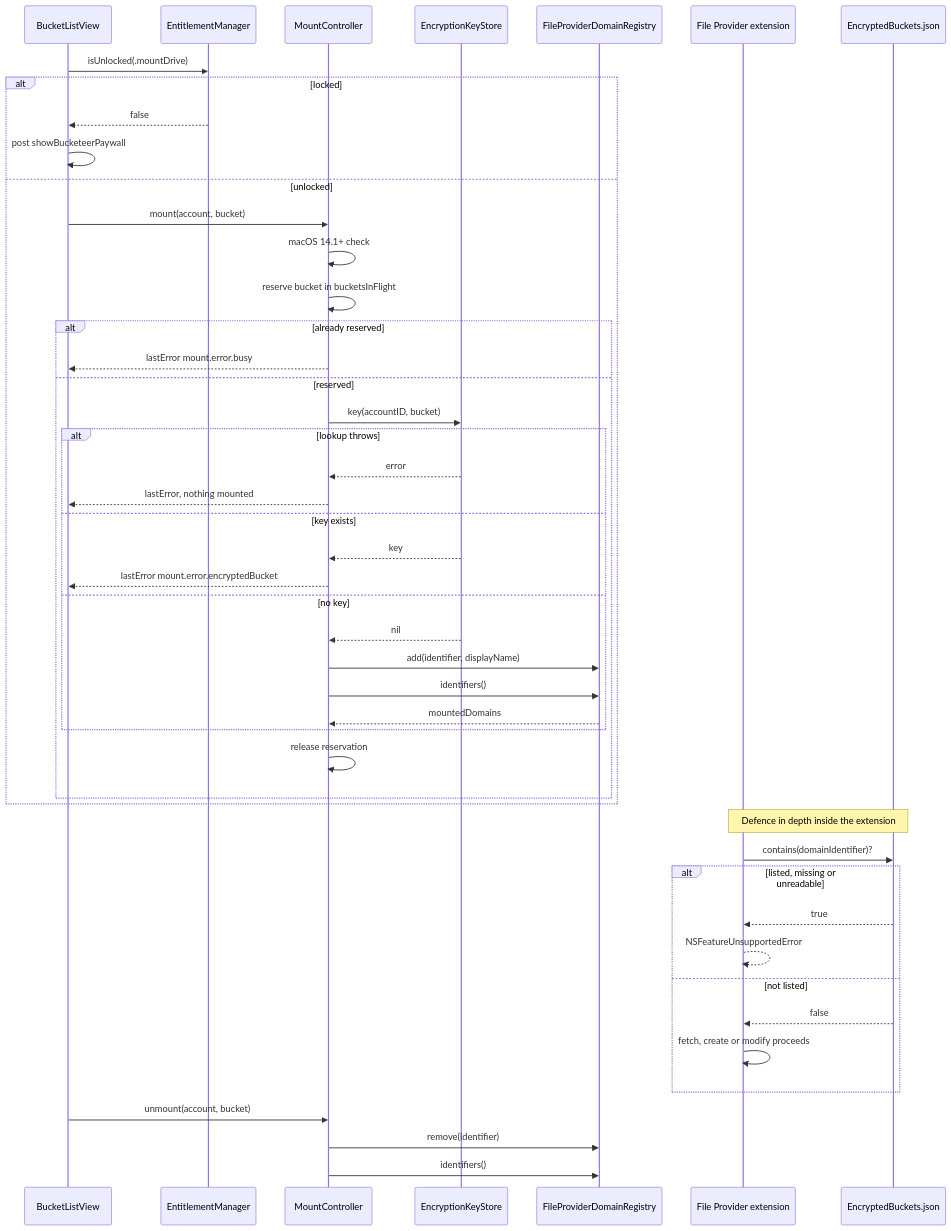
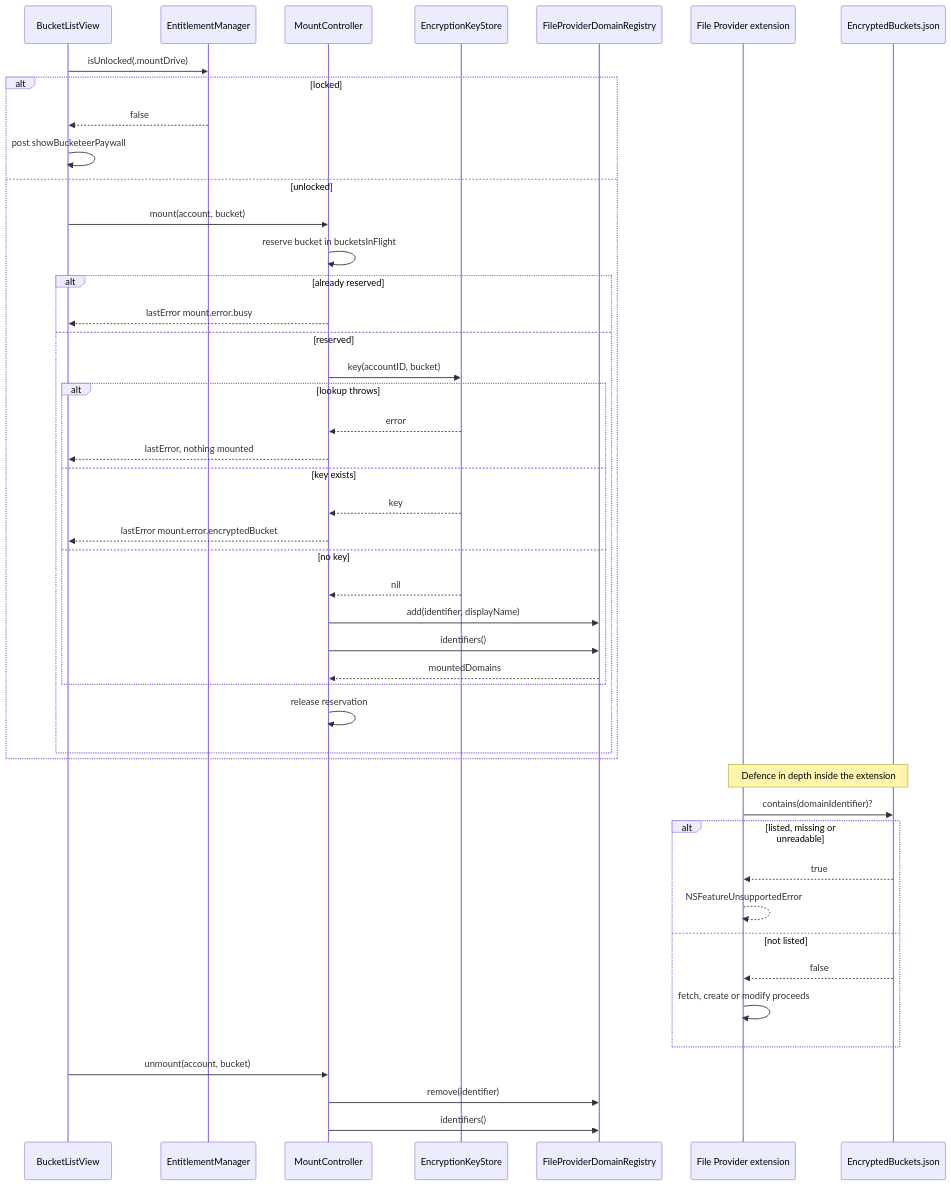
One commit to digitalfreedom-co-za/bucketeer changed the tenth of 20 diagrams in docs/ARCHITECTURE.md. Above: the diagram before and after it, drawn with Mermaid. The commit also changed other lines of this file and 26 other files, not shown here.

````diff
--- a/docs/ARCHITECTURE.md
+++ b/docs/ARCHITECTURE.md
@@ -533,52 +533,51 @@
 ```mermaid
 sequenceDiagram
     participant UI as BucketListView
     participant Ent as EntitlementManager
     participant MC as MountController
     participant Keys as EncryptionKeyStore
     participant Reg as FileProviderDomainRegistry
     participant Ext as File Provider extension
     participant List as EncryptedBuckets.json
 
     UI->>Ent: isUnlocked(.mountDrive)
     alt locked
         Ent-->>UI: false
         UI->>UI: post showBucketeerPaywall
     else unlocked
         UI->>MC: mount(account, bucket)
-        MC->>MC: macOS 14.1+ check
         MC->>MC: reserve bucket in bucketsInFlight
         alt already reserved
             MC-->>UI: lastError mount.error.busy
         else reserved
             MC->>Keys: key(accountID, bucket)
             alt lookup throws
                 Keys-->>MC: error
                 MC-->>UI: lastError, nothing mounted
             else key exists
                 Keys-->>MC: key
                 MC-->>UI: lastError mount.error.encryptedBucket
             else no key
                 Keys-->>MC: nil
                 MC->>Reg: add(identifier, displayName)
                 MC->>Reg: identifiers()
                 Reg-->>MC: mountedDomains
             end
             MC->>MC: release reservation
         end
     end
 
     Note over Ext, List: Defence in depth inside the extension
     Ext->>List: contains(domainIdentifier)?
     alt listed, missing or unreadable
         List-->>Ext: true
         Ext-->>Ext: NSFeatureUnsupportedError
     else not listed
         List-->>Ext: false
         Ext->>Ext: fetch, create or modify proceeds
     end
 
     UI->>MC: unmount(account, bucket)
     MC->>Reg: remove(identifier)
     MC->>Reg: identifiers()
 ```
````
